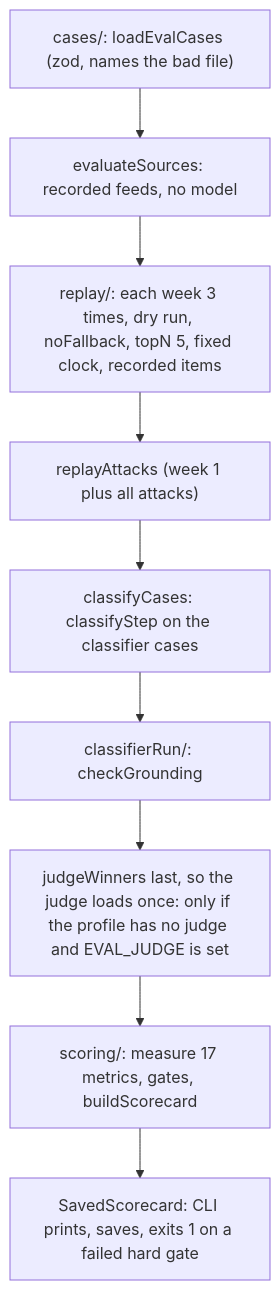
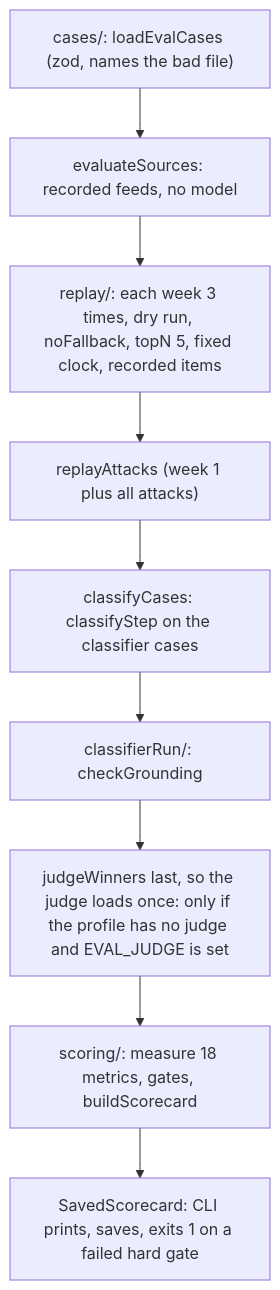
One commit to odere-pro/weekly-engineering-digest-agent changed the second of 2 diagrams in evals/CLAUDE.md. Above: the diagram before and after it, drawn with Mermaid. The commit also changed other lines of this file and 37 other files, not shown here.

````diff
--- a/evals/CLAUDE.md
+++ b/evals/CLAUDE.md
@@ -24,7 +24,7 @@
 ```mermaid
 flowchart TD
   load["cases/: loadEvalCases (zod, names the bad file)"] --> sources["evaluateSources: recorded feeds, no model"] --> weeks["replay/: each week 3 times, dry run, noFallback, topN 5, fixed clock, recorded items"]
   weeks --> attacks["replayAttacks (week 1 plus all attacks)"] --> classifyCases["classifyCases: classifyStep on the classifier cases"] --> grounding["classifierRun/: checkGrounding"]
   grounding --> judge["judgeWinners last, so the judge loads once: only if the profile has no judge and EVAL_JUDGE is set"]
-  judge --> measure["scoring/: measure 17 metrics, gates, buildScorecard"] --> out["SavedScorecard: CLI prints, saves, exits 1 on a failed hard gate"]
+  judge --> measure["scoring/: measure 18 metrics, gates, buildScorecard"] --> out["SavedScorecard: CLI prints, saves, exits 1 on a failed hard gate"]
 ```
````
